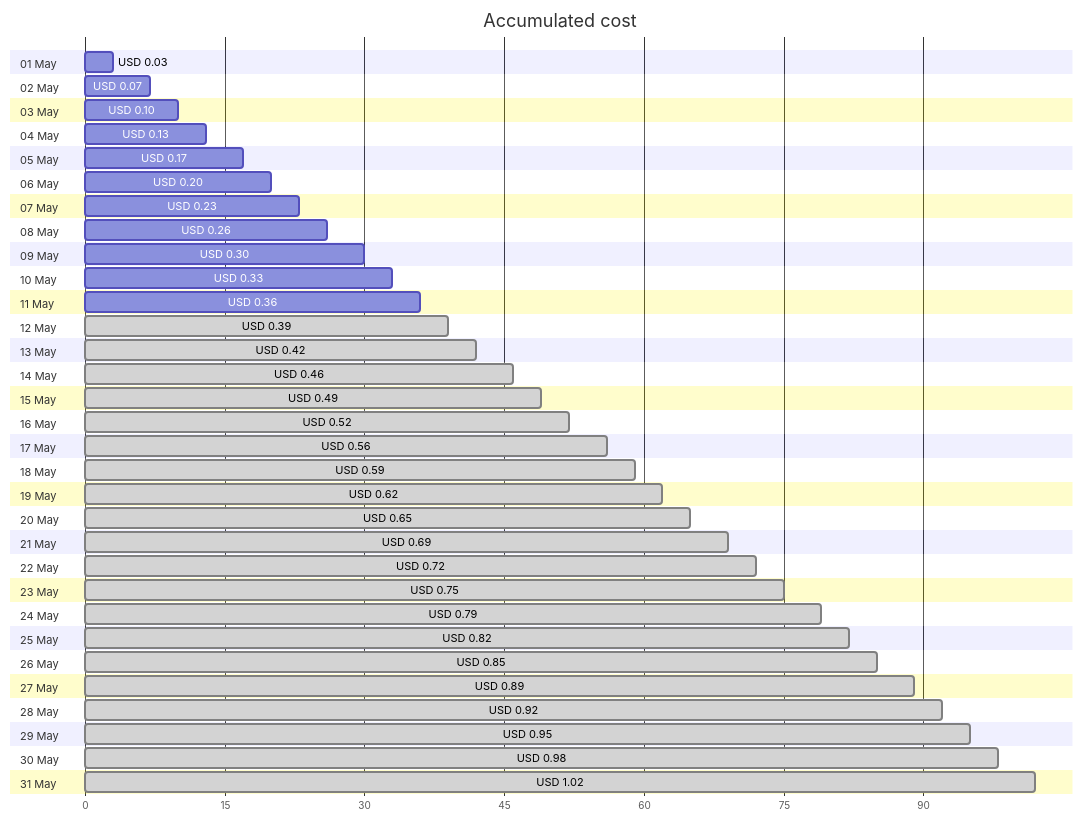
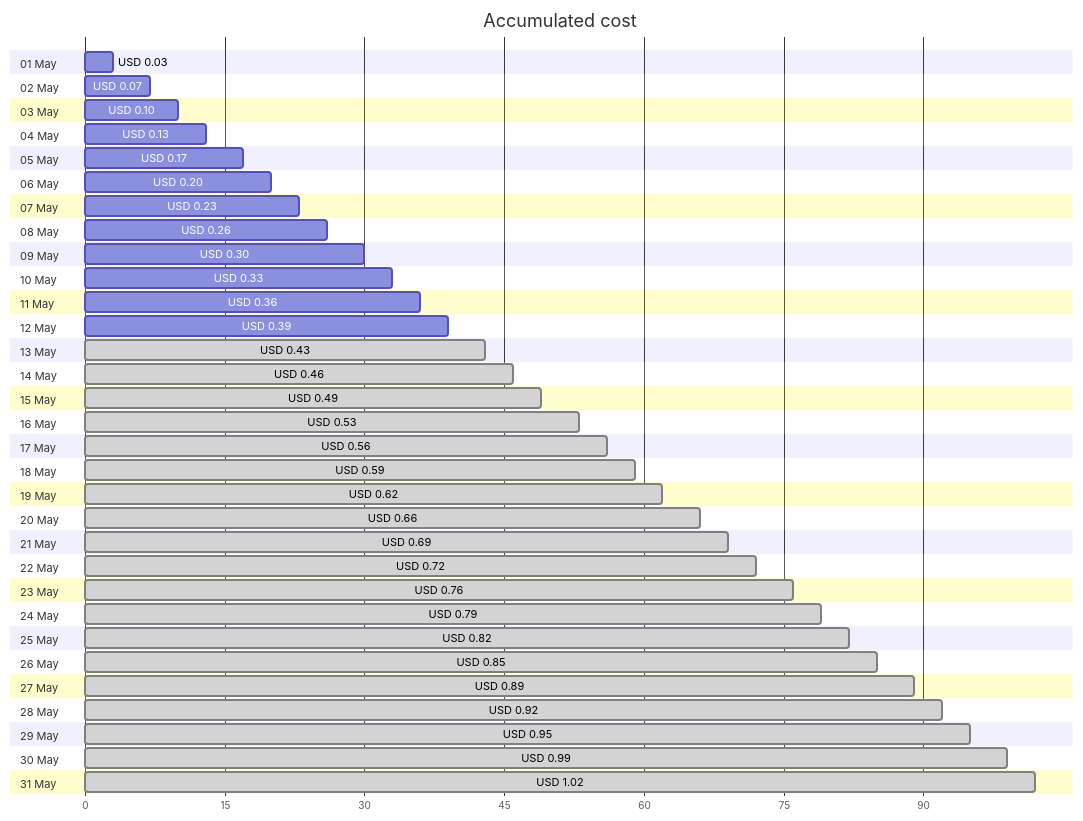
The first of 4 diagrams in cost-reports/personal-dns/README.md (jpfulton/azure-personal-reports), drawn with Mermaid before and after one commit. The commit also changed other lines of this file and 2 other files, not shown here.

````diff
--- a/cost-reports/personal-dns/README.md
+++ b/cost-reports/personal-dns/README.md
@@ -20,68 +20,68 @@
 ```mermaid
 gantt
    title Accumulated cost
    dateFormat  X
    axisFormat %s
    section 01 May
    USD 0.03 :0, 3
    section 02 May
    USD 0.07 :0, 7
    section 03 May
    USD 0.10 :0, 10
    section 04 May
    USD 0.13 :0, 13
    section 05 May
    USD 0.17 :0, 17
    section 06 May
    USD 0.20 :0, 20
    section 07 May
    USD 0.23 :0, 23
    section 08 May
    USD 0.26 :0, 26
    section 09 May
    USD 0.30 :0, 30
    section 10 May
    USD 0.33 :0, 33
    section 11 May
    USD 0.36 :0, 36
    section 12 May
-   USD 0.39 : done, 0, 39
+   USD 0.39 :0, 39
    section 13 May
-   USD 0.42 : done, 0, 42
+   USD 0.43 : done, 0, 43
    section 14 May
    USD 0.46 : done, 0, 46
    section 15 May
    USD 0.49 : done, 0, 49
    section 16 May
-   USD 0.52 : done, 0, 52
+   USD 0.53 : done, 0, 53
    section 17 May
    USD 0.56 : done, 0, 56
    section 18 May
    USD 0.59 : done, 0, 59
    section 19 May
    USD 0.62 : done, 0, 62
    section 20 May
-   USD 0.65 : done, 0, 65
+   USD 0.66 : done, 0, 66
    section 21 May
    USD 0.69 : done, 0, 69
    section 22 May
    USD 0.72 : done, 0, 72
    section 23 May
-   USD 0.75 : done, 0, 75
+   USD 0.76 : done, 0, 76
    section 24 May
    USD 0.79 : done, 0, 79
    section 25 May
    USD 0.82 : done, 0, 82
    section 26 May
    USD 0.85 : done, 0, 85
    section 27 May
    USD 0.89 : done, 0, 89
    section 28 May
    USD 0.92 : done, 0, 92
    section 29 May
    USD 0.95 : done, 0, 95
    section 30 May
-   USD 0.98 : done, 0, 98
+   USD 0.99 : done, 0, 99
    section 31 May
    USD 1.02 : done, 0, 102
 ```
````
